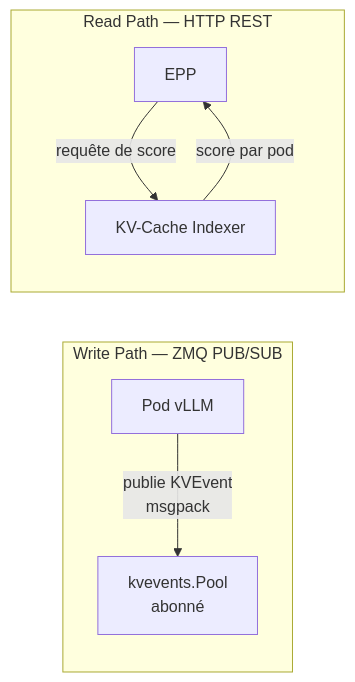
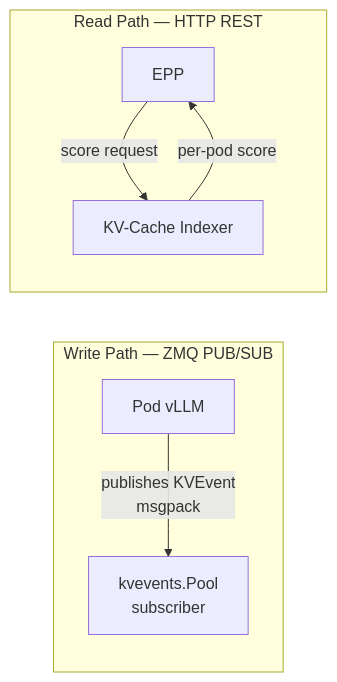
The ninth of 26 diagrams in docs/explain/llm-d.md (ADORSYS-GIS/Custom-Ai-Ops), drawn with Mermaid before and after one commit. The commit also changed other lines of this file, not shown here.

Commit message:
feat(Custom-AI-Ops): llm-d explaind and  full implementation

````diff
--- a/docs/explain/llm-d.md
+++ b/docs/explain/llm-d.md
@@ -352,10 +352,10 @@
 ```mermaid
 flowchart LR
     subgraph WritePath["Write Path — ZMQ PUB/SUB"]
-        V1[Pod vLLM] -->|publie KVEvent<br/>msgpack| Sub[kvevents.Pool<br/>abonné]
+        V1[Pod vLLM] -->|publishes KVEvent<br/>msgpack| Sub[kvevents.Pool<br/>subscriber]
     end
     subgraph ReadPath["Read Path — HTTP REST"]
-        EPP2[EPP] -->|requête de score| IDX2[KV-Cache Indexer]
-        IDX2 -->|score par pod| EPP2
+        EPP2[EPP] -->|score request| IDX2[KV-Cache Indexer]
+        IDX2 -->|per-pod score| EPP2
     end
 ```
````
